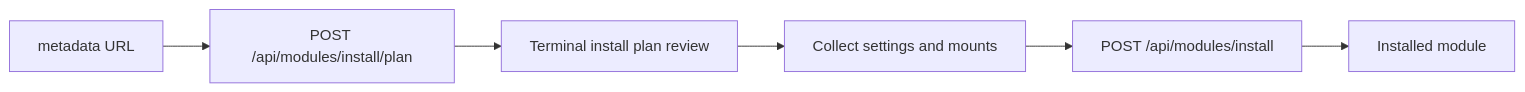
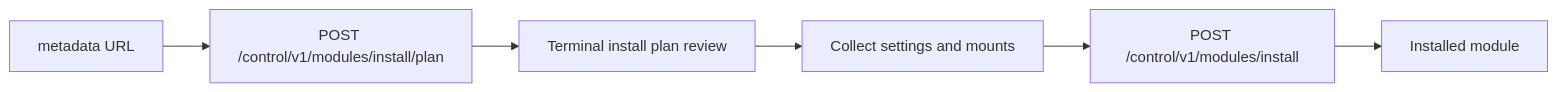
The second of 4 diagrams in docs/features/cli-module-commands.md (alex-de-haas/docker-host), drawn with Mermaid before and after one commit. The commit also changed other lines of this file and 86 other files, not shown here.

````diff
--- a/docs/features/cli-module-commands.md
+++ b/docs/features/cli-module-commands.md
@@ -106,8 +108,8 @@
 ```mermaid
 flowchart LR
-  A["metadata URL"] --> B["POST /api/modules/install/plan"]
+  A["metadata URL"] --> B["POST /control/v1/modules/install/plan"]
   B --> C["Terminal install plan review"]
   C --> D["Collect settings and mounts"]
-  D --> E["POST /api/modules/install"]
+  D --> E["POST /control/v1/modules/install"]
   E --> F["Installed module"]
 ```
````
